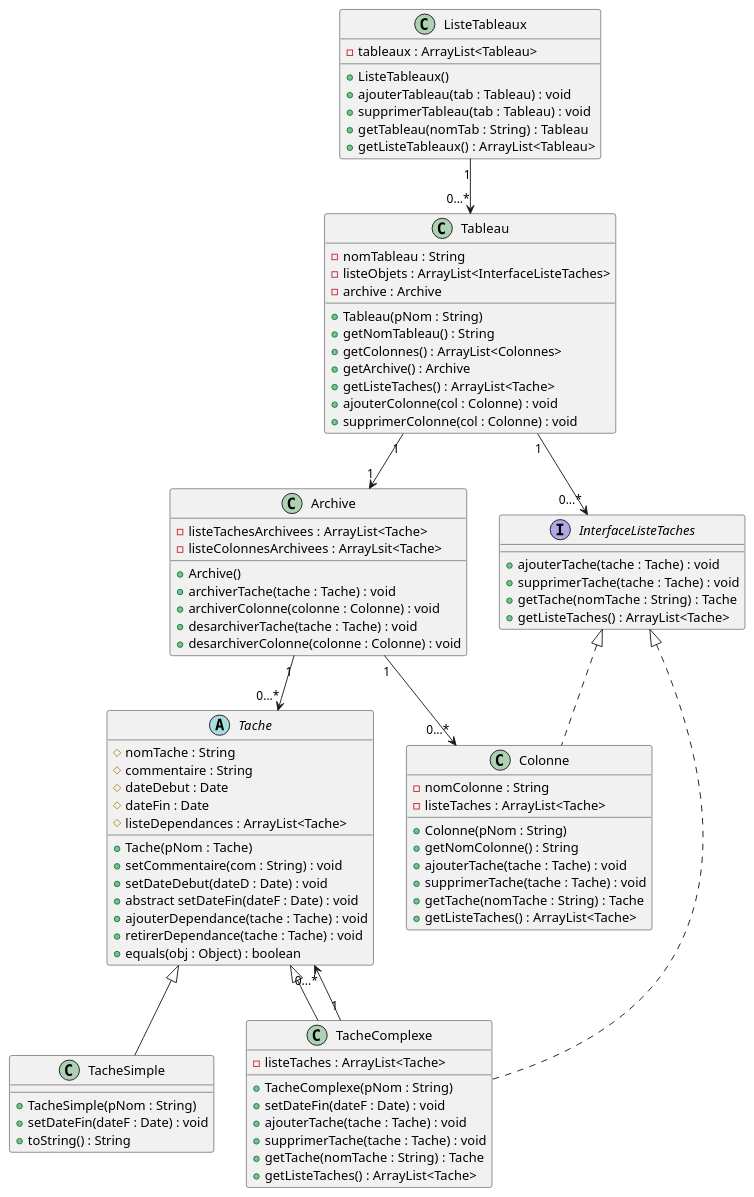
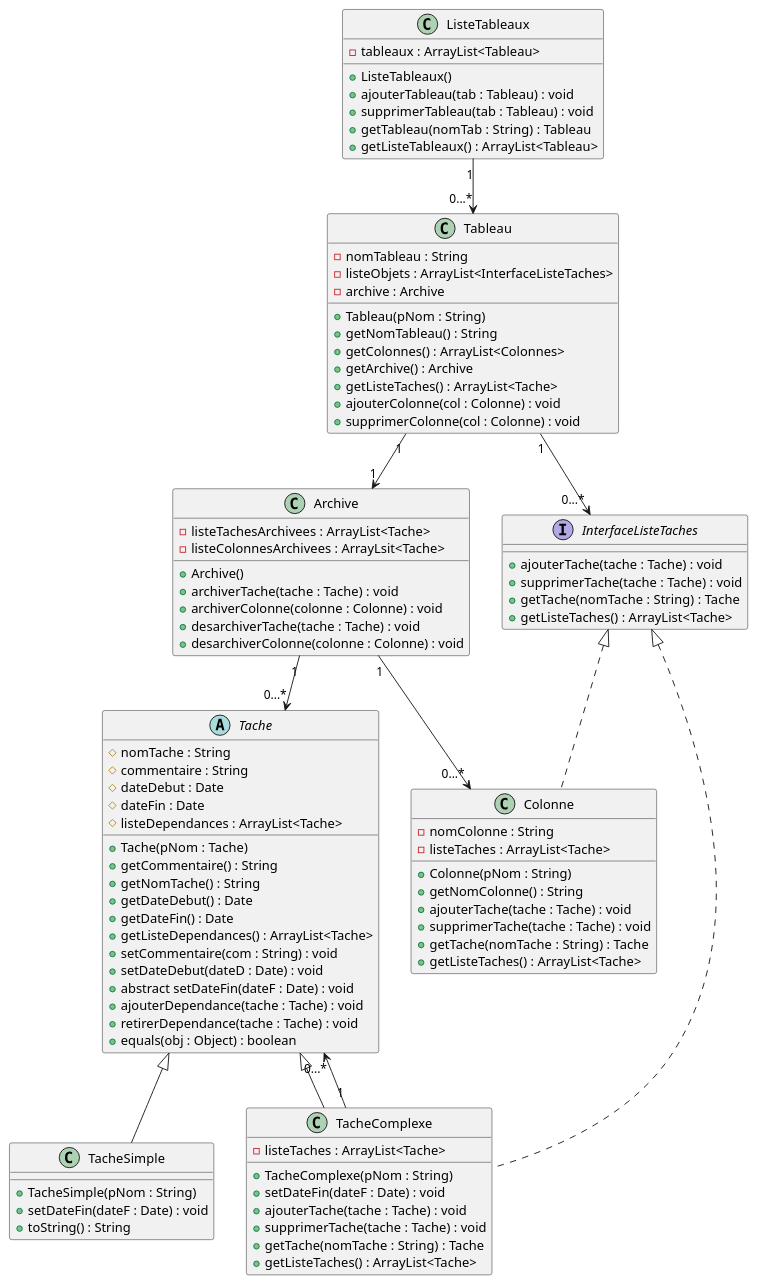
The diagram in Application_Trello/Diagrammes_PlantUML/Iteration 1 - Diagrammes Classes.puml (AxelBerret/S3D-Trello_BERRET_CHAPELLIER_DODANE_LETONDAL), drawn with PlantUML before and after one commit.

Commit message:
MAJ du diagramme

```diff
--- a/Application_Trello/Diagrammes_PlantUML/Iteration 1 - Diagrammes Classes.puml
+++ b/Application_Trello/Diagrammes_PlantUML/Iteration 1 - Diagrammes Classes.puml
@@ -1,93 +1,98 @@
 @startuml
 'https://plantuml.com/class-diagram
 
 class Tableau {
 - nomTableau : String
 - listeObjets : ArrayList<InterfaceListeTaches>
 - archive : Archive
 + Tableau(pNom : String)
 + getNomTableau() : String
 + getColonnes() : ArrayList<Colonnes>
 + getArchive() : Archive
 + getListeTaches() : ArrayList<Tache>
 + ajouterColonne(col : Colonne) : void
 + supprimerColonne(col : Colonne) : void
 }
 
 class Archive {
 - listeTachesArchivees : ArrayList<Tache>
 - listeColonnesArchivees : ArrayLsit<Tache>
 + Archive()
 + archiverTache(tache : Tache) : void
 + archiverColonne(colonne : Colonne) : void
 + desarchiverTache(tache : Tache) : void
 + desarchiverColonne(colonne : Colonne) : void
 }
 
 class ListeTableaux {
 - tableaux : ArrayList<Tableau>
 + ListeTableaux()
 + ajouterTableau(tab : Tableau) : void
 + supprimerTableau(tab : Tableau) : void
 + getTableau(nomTab : String) : Tableau
 + getListeTableaux() : ArrayList<Tableau>
 }
 
 interface InterfaceListeTaches {
 + ajouterTache(tache : Tache) : void
 + supprimerTache(tache : Tache) : void
 + getTache(nomTache : String) : Tache
 + getListeTaches() : ArrayList<Tache>
 }
 
 class Colonne implements InterfaceListeTaches {
 - nomColonne : String
 - listeTaches : ArrayList<Tache>
 + Colonne(pNom : String)
 + getNomColonne() : String
 + ajouterTache(tache : Tache) : void
 + supprimerTache(tache : Tache) : void
 + getTache(nomTache : String) : Tache
 + getListeTaches() : ArrayList<Tache>
 }
 
 abstract class Tache {
 # nomTache : String
 # commentaire : String
 # dateDebut : Date
 # dateFin : Date
 # listeDependances : ArrayList<Tache>
 + Tache(pNom : Tache)
++ getCommentaire() : String
++ getNomTache() : String
++ getDateDebut() : Date
++ getDateFin() : Date
++ getListeDependances() : ArrayList<Tache>
 + setCommentaire(com : String) : void
 + setDateDebut(dateD : Date) : void
 + abstract setDateFin(dateF : Date) : void
 + ajouterDependance(tache : Tache) : void
 + retirerDependance(tache : Tache) : void
 + equals(obj : Object) : boolean
 }
 
 class TacheComplexe extends Tache implements InterfaceListeTaches {
 - listeTaches : ArrayList<Tache>
 + TacheComplexe(pNom : String)
 + setDateFin(dateF : Date) : void
 + ajouterTache(tache : Tache) : void
 + supprimerTache(tache : Tache) : void
 + getTache(nomTache : String) : Tache
 + getListeTaches() : ArrayList<Tache>
 }
 
 class TacheSimple extends Tache {
 + TacheSimple(pNom : String)
 + setDateFin(dateF : Date) : void
 + toString() : String
 }
 
 
 Tableau "1" --> "0...*" InterfaceListeTaches
 Tableau "1" --> "1" Archive
 Archive "1" --> "0...*" Colonne
 Archive "1" --> "0...*" Tache
 TacheComplexe "1" --> "0...*" Tache
 ListeTableaux "1" --> "0...*" Tableau
 
 @enduml
```
